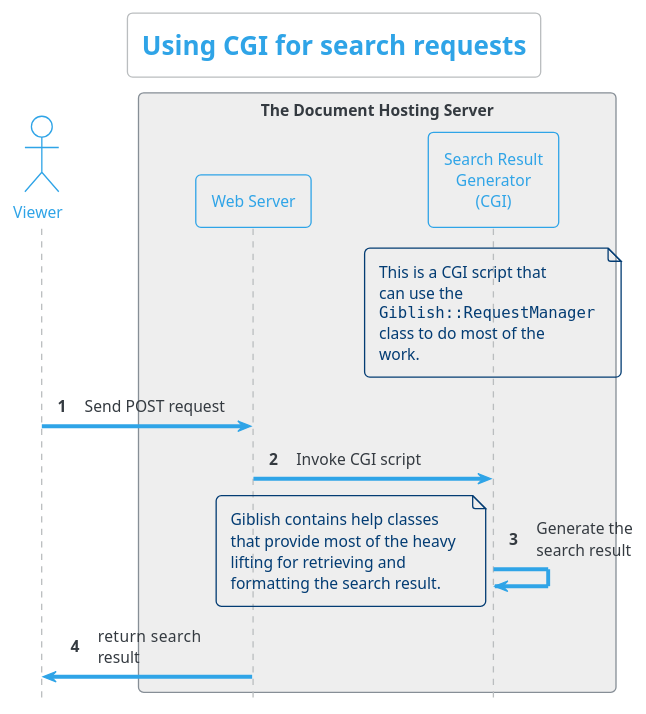
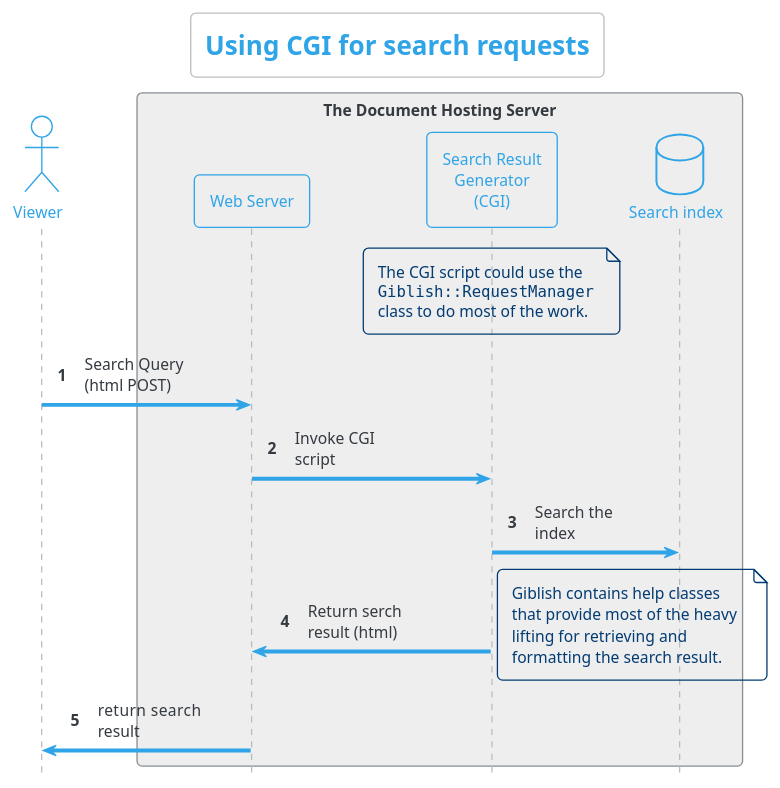
One commit to rillbert/giblish changed the diagram in docs/setup_search_assets/cgi-search_request.puml. Above: the diagram before and after it, drawn with PlantUML. The commit also changed 5 other files, not shown here.

```diff
--- a/docs/setup_search_assets/cgi-search_request.puml
+++ b/docs/setup_search_assets/cgi-search_request.puml
@@ -1,33 +1,33 @@
 @startuml
 !theme cerulean-outline
 ' !theme spacelab
 hide footbox
 autonumber
 
 title "Using CGI for search requests"
 
 actor       Viewer       as Vi
 
 box "The Document Hosting Server" #EEEEEE
 participant "Web Server" as Webserv
 participant "Search Result\nGenerator\n(CGI)"   as Searcher
 note over of Searcher
-  This is a CGI script that
-  can use the 
+  The CGI script could use the
   ""Giblish::RequestManager""
-  class to do most of the 
-  work.
+  class to do most of the work.
 end note
+database "Search index"   as Index
 end box
 
-Vi -> Webserv     : Send POST request
-Webserv -> Searcher : Invoke CGI script
-Searcher -> Searcher : Generate the\nsearch result
-note left
+Vi -> Webserv     : Search Query\n(html POST)
+Webserv -> Searcher : Invoke CGI\nscript
+Searcher -> Index : Search the\nindex
+Searcher -> Webserv : Return serch\nresult (html)
+note right
   Giblish contains help classes 
   that provide most of the heavy 
   lifting for retrieving and
   formatting the search result.
 end note
 Webserv -> Vi  : return  search\nresult
 @enduml
```
